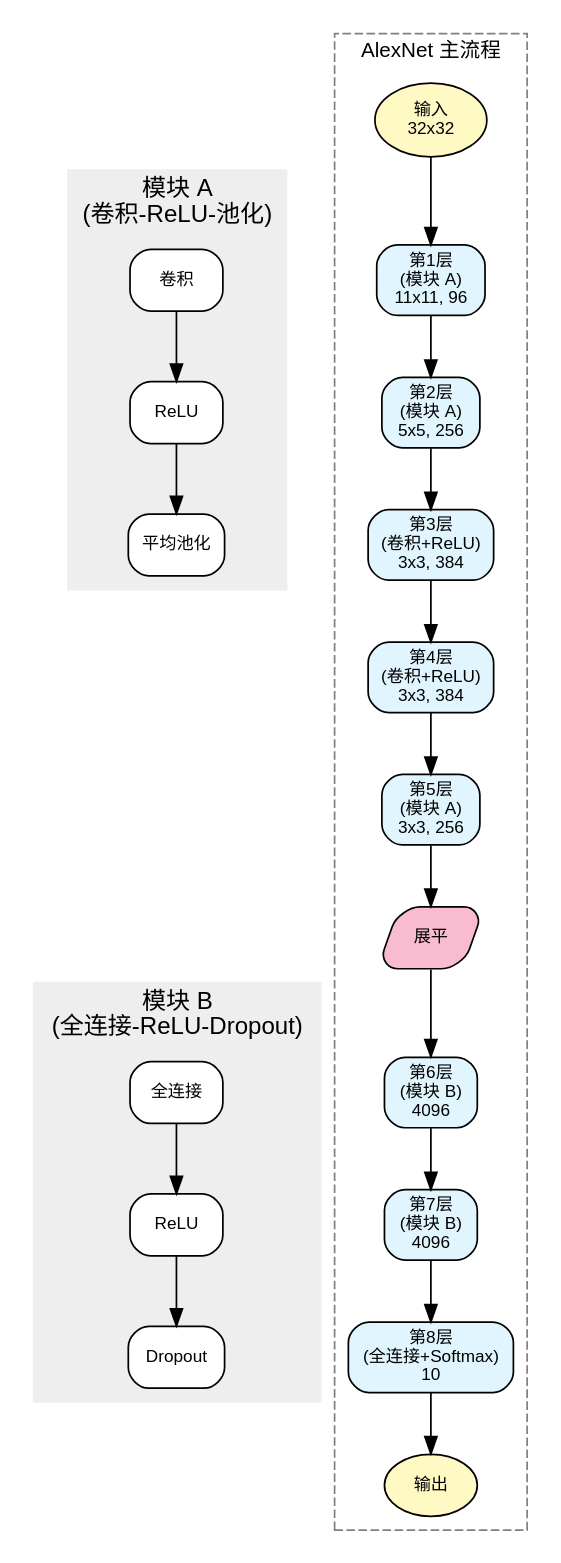
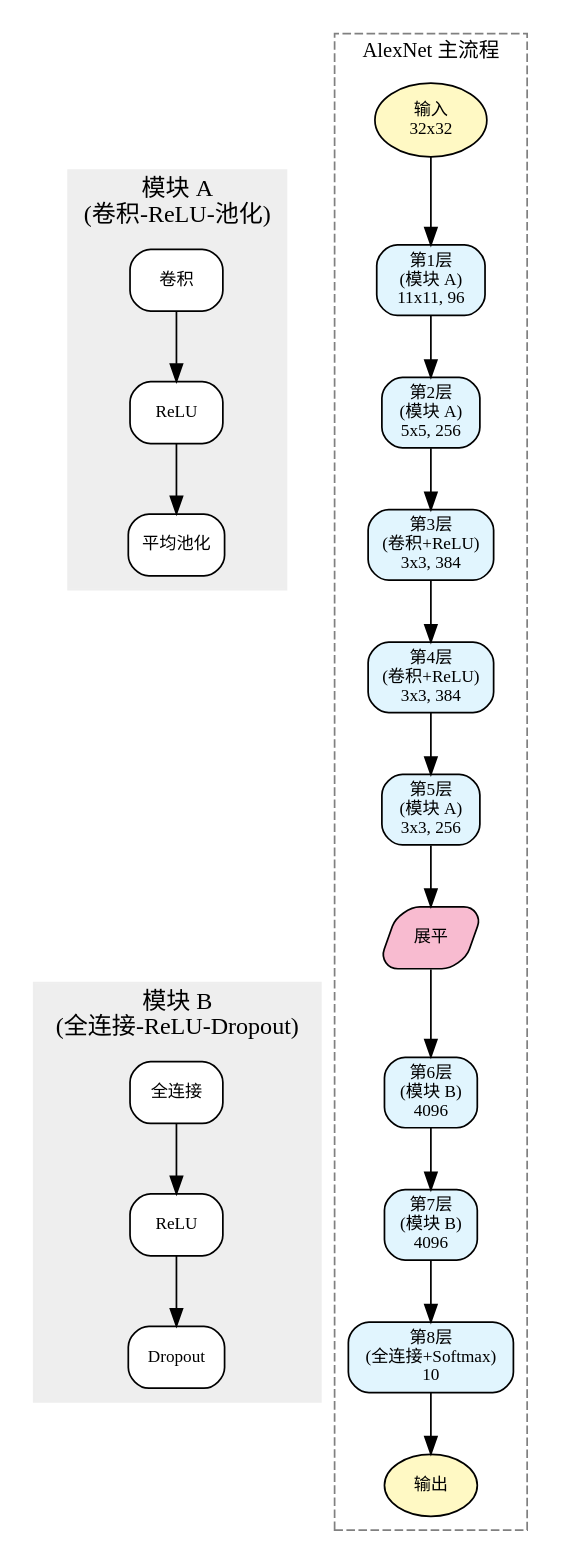
Before and after one commit to zhouxzh/Ascend310: the diagram in src/book/img3/alexnet.dot, drawn with Graphviz. The commit also changed 454 other files, not shown here.

```diff
--- a/src/book/img3/alexnet.dot
+++ b/src/book/img3/alexnet.dot
@@ -1,67 +1,66 @@
 digraph AlexNet {
     charset="utf-8";
     rankdir=TB;
     newrank=true; 
     
-    // 尝试使用更通用的中文字体设置
-    node [fontname="Microsoft YaHei, SimHei, sans-serif", fontsize=10, shape=box, style="filled,rounded", fillcolor="#E1F5FE"];
-    edge [fontname="Microsoft YaHei, SimHei, sans-serif", fontsize=10];
-    graph [fontname="Microsoft YaHei, SimHei, sans-serif"];
+    node [fontname="Noto Sans SC", fontsize=10, shape=box, style="filled,rounded", fillcolor="#E1F5FE"];
+    edge [fontname="Noto Sans SC", fontsize=10];
+    graph [fontname="Noto Sans SC"];
 
         
         // 定义 Conv-ReLU-Pool 结构 (Block A) - 独立 Cluster
         subgraph cluster_block_conv_pool {
             label = "模块 A\n(卷积-ReLU-池化)";
             style = filled;
             color = "#EEEEEE";
             node [fillcolor=white];
             c1 [label="卷积"];
             r1 [label="ReLU"];
             p1 [label="平均池化"];
             c1 -> r1 -> p1;
         }
 
         // 定义 FC-ReLU-Dropout 结构 (Block B) - 独立 Cluster
         subgraph cluster_block_fc {
             label = "模块 B\n(全连接-ReLU-Dropout)";
             style = filled;
             color = "#EEEEEE";
             node [fillcolor=white];
             f1 [label="全连接"];
             r2 [label="ReLU"];
             d1 [label="Dropout"];
             f1 -> r2 -> d1;
         }
 
 
     // 主网络流程
     subgraph cluster_main {
         label = "AlexNet 主流程";
         fontsize = 12;
         style = dashed;
         color = gray;
 
         Input [label="输入\n32x32", shape=ellipse, fillcolor="#FFF9C4"];
         
         // 使用简化的 Block 表示
         L1 [label="第1层\n(模块 A)\n11x11, 96"];
         L2 [label="第2层\n(模块 A)\n5x5, 256"];
         L3 [label="第3层\n(卷积+ReLU)\n3x3, 384"];
         L4 [label="第4层\n(卷积+ReLU)\n3x3, 384"];
         L5 [label="第5层\n(模块 A)\n3x3, 256"];
         
         Flatten [label="展平", shape=parallelogram, fillcolor="#F8BBD0"];
         
         L6 [label="第6层\n(模块 B)\n4096"];
         L7 [label="第7层\n(模块 B)\n4096"];
         L8 [label="第8层\n(全连接+Softmax)\n10"];
         
         Output [label="输出", shape=ellipse, fillcolor="#FFF9C4"];
 
         Input -> L1 -> L2 -> L3 -> L4 -> L5 -> Flatten -> L6 -> L7 -> L8 -> Output;
     }
 
     // 强制对齐：Block A 顶部对齐 Layer 1 (上半部分)，Block B 顶部对齐 Layer 6 (下半部分)
     { rank=same; L1; c1; }
     { rank=same; L6; f1; }
 }
```
